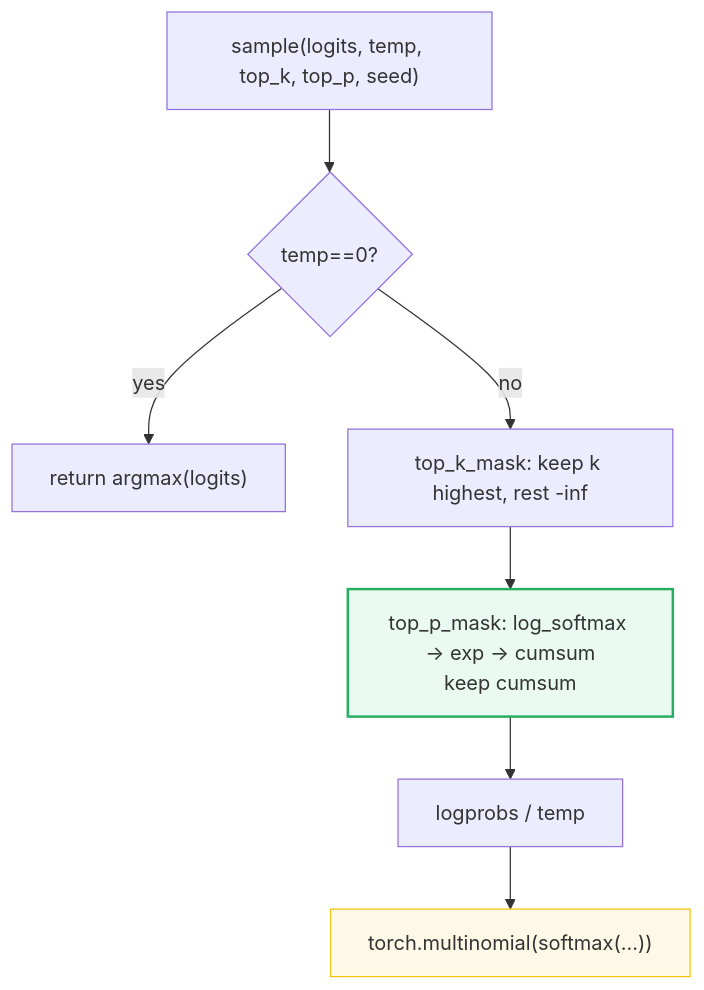
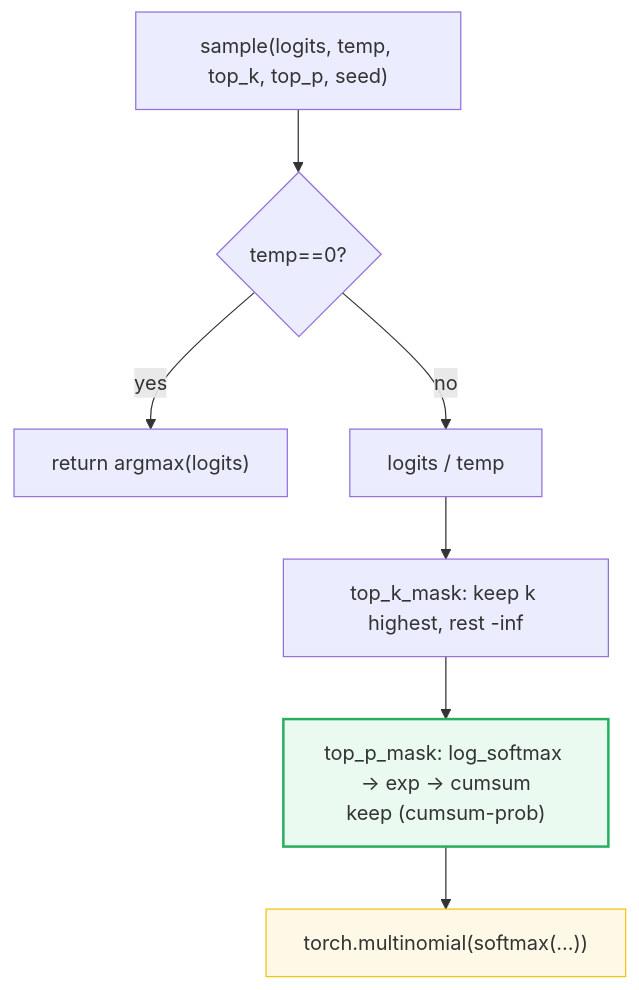
The eighth of 9 diagrams in llm/SAMPLING.md (quanhua92/tutorials), drawn with Mermaid before and after one commit. The commit also changed other lines of this file and 6 other files, not shown here.

````diff
--- a/llm/SAMPLING.md
+++ b/llm/SAMPLING.md
@@ -463,11 +462,11 @@
 ```mermaid
 graph TD
     Call["sample(logits, temp, top_k, top_p, seed)"] --> S0{"temp==0?"}
     S0 -->|yes| S1["return argmax(logits)"]
-    S0 -->|no| S2["top_k_mask: keep k highest, rest -inf"]
-    S2 --> S3["top_p_mask: log_softmax -> exp -> cumsum<br/>keep cumsum<p, always top-1"]
-    S3 --> S4["logprobs / temp"]
-    S4 --> S5["torch.multinomial(softmax(...))"]
+    S0 -->|no| S4["logits / temp"]
+    S4 --> S2["top_k_mask: keep k highest, rest -inf"]
+    S2 --> S3["top_p_mask: log_softmax -> exp -> cumsum<br/>keep (cumsum-prob)<p, always top-1"]
+    S3 --> S5["torch.multinomial(softmax(...))"]
     style S3 fill:#eafaf1,stroke:#27ae60,stroke-width:2px
     style S5 fill:#fef9e7,stroke:#f1c40f
 ```
````
